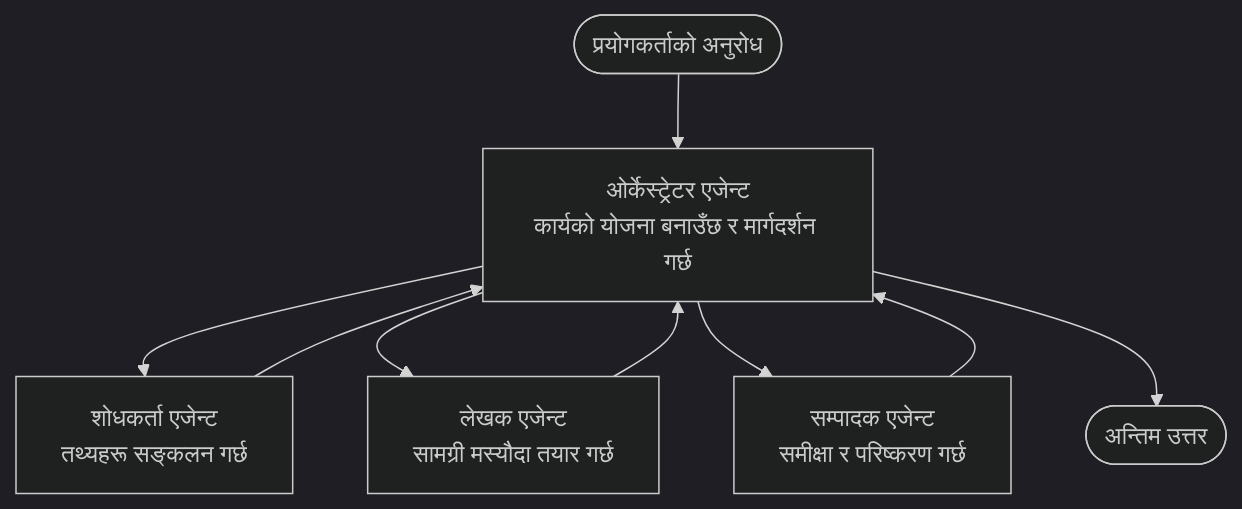
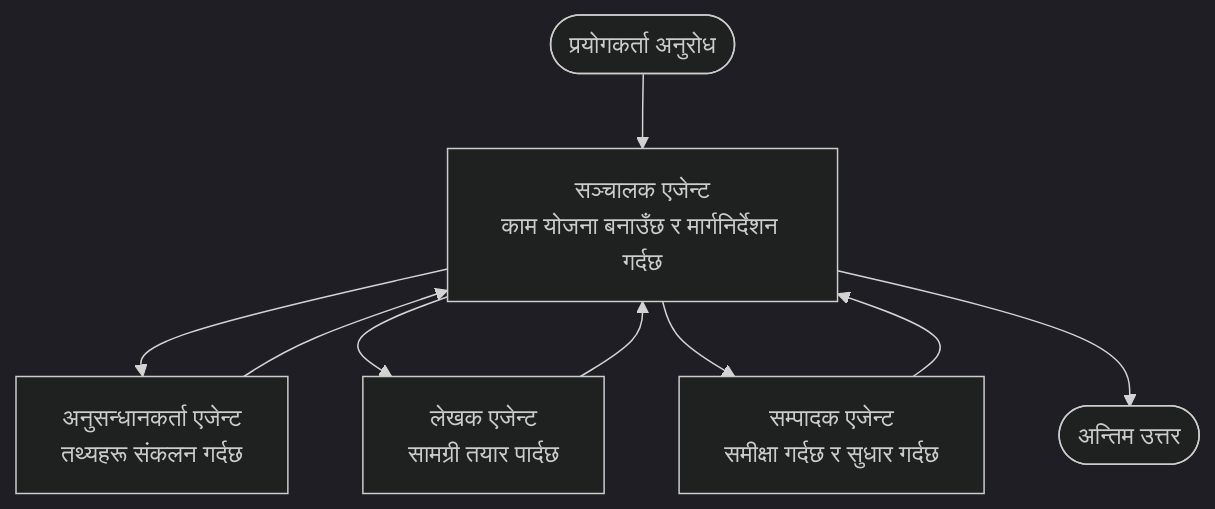
One commit to microsoft/AZD-for-beginners changed the diagram in translations/ne/docs/chapter-05-multi-agent/multi-agent-basics.md. Above: the diagram before and after it, drawn with Mermaid (dark theme). The commit also changed other lines of this file and 62 other files, not shown here.

````diff
--- a/translations/ne/docs/chapter-05-multi-agent/multi-agent-basics.md
+++ b/translations/ne/docs/chapter-05-multi-agent/multi-agent-basics.md
@@ -43,11 +43,11 @@
 ```mermaid
 graph TD
-    User([प्रयोगकर्ताको अनुरोध]) --> Orchestrator[ओर्केस्ट्रेटर एजेन्ट<br/>कार्यको योजना बनाउँछ र मार्गदर्शन गर्छ]
-    Orchestrator --> Researcher[शोधकर्ता एजेन्ट<br/>तथ्यहरू सङ्कलन गर्छ]
-    Orchestrator --> Writer[लेखक एजेन्ट<br/>सामग्री मस्यौदा तयार गर्छ]
-    Orchestrator --> Editor[सम्पादक एजेन्ट<br/>समीक्षा र परिष्करण गर्छ]
+    User([प्रयोगकर्ता अनुरोध]) --> Orchestrator[सञ्चालक एजेन्ट<br/>काम योजना बनाउँछ र मार्गनिर्देशन गर्दछ]
+    Orchestrator --> Researcher[अनुसन्धानकर्ता एजेन्ट<br/>तथ्यहरू संकलन गर्दछ]
+    Orchestrator --> Writer[लेखक एजेन्ट<br/>सामग्री तयार पार्दछ]
+    Orchestrator --> Editor[सम्पादक एजेन्ट<br/>समीक्षा गर्दछ र सुधार गर्दछ]
     Researcher --> Orchestrator
     Writer --> Orchestrator
     Editor --> Orchestrator
     Orchestrator --> Result([अन्तिम उत्तर])
 ```
````
